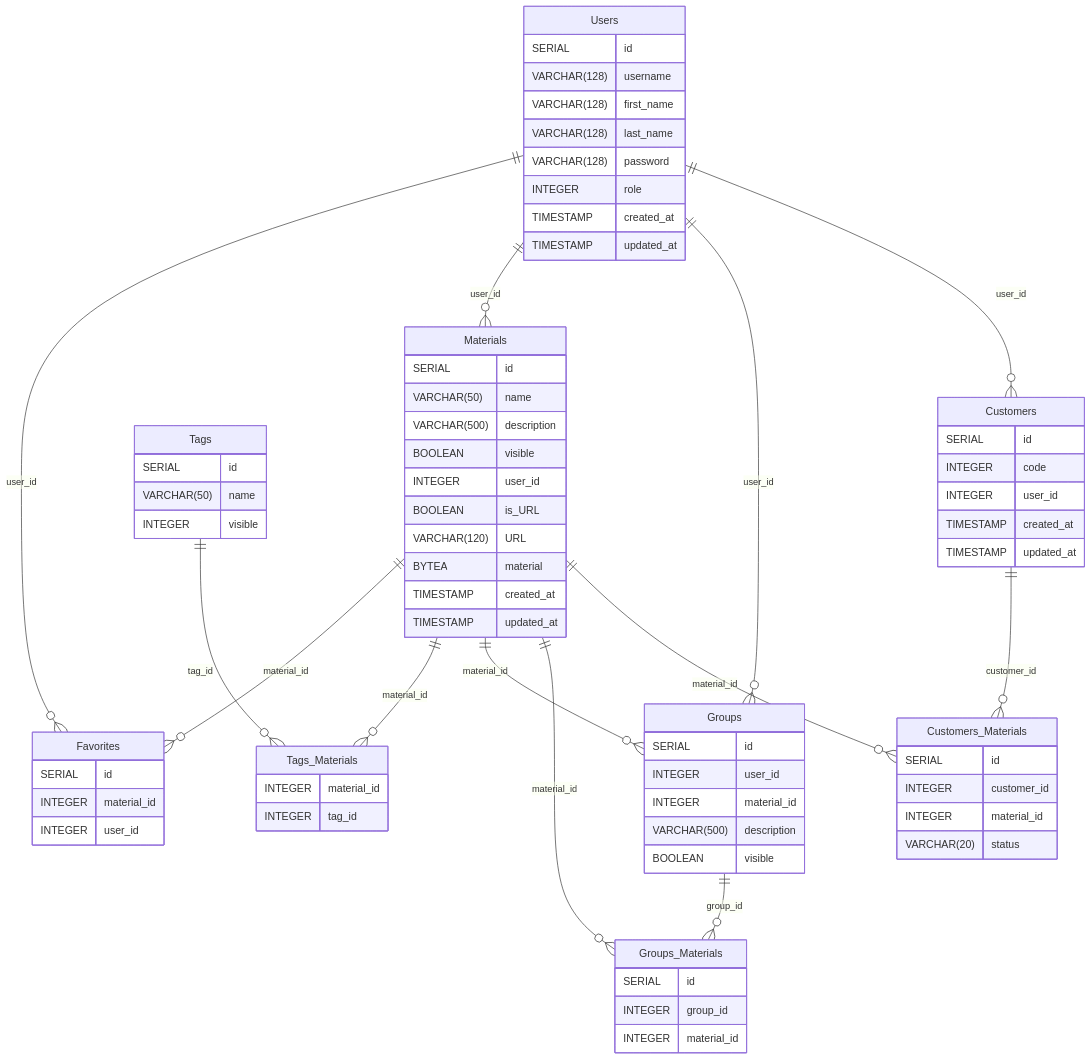
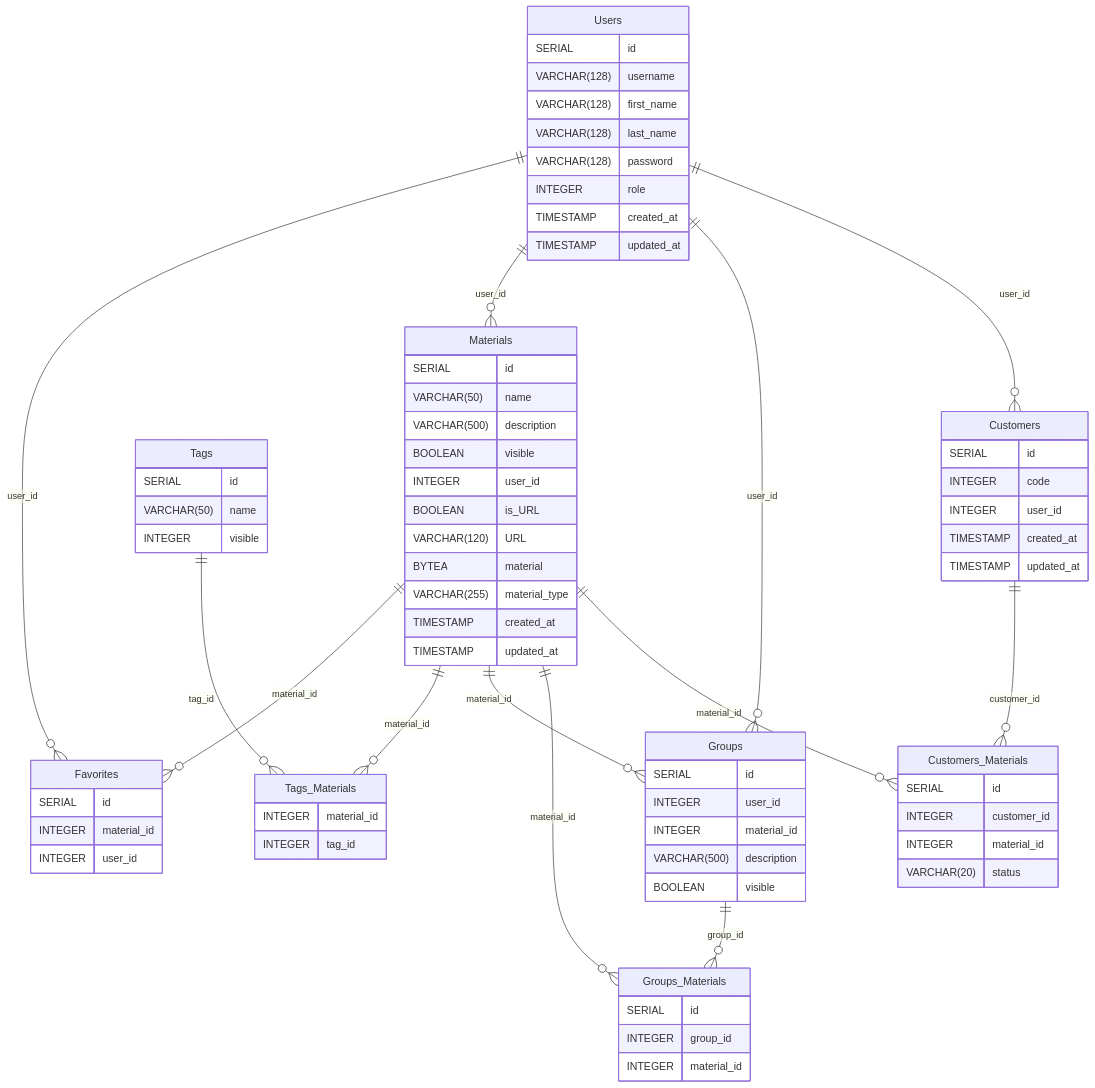
The diagram in Documentation/database.md (phuvio/Material-bank), drawn with Mermaid before and after one commit. The commit also changed 3 other files, not shown here.

```diff
--- a/Documentation/database.md
+++ b/Documentation/database.md
@@ -18,6 +18,7 @@
         BOOLEAN is_URL
         VARCHAR(120) URL
         BYTEA material
+        VARCHAR(255) material_type
         TIMESTAMP created_at
         TIMESTAMP updated_at
     }
```
